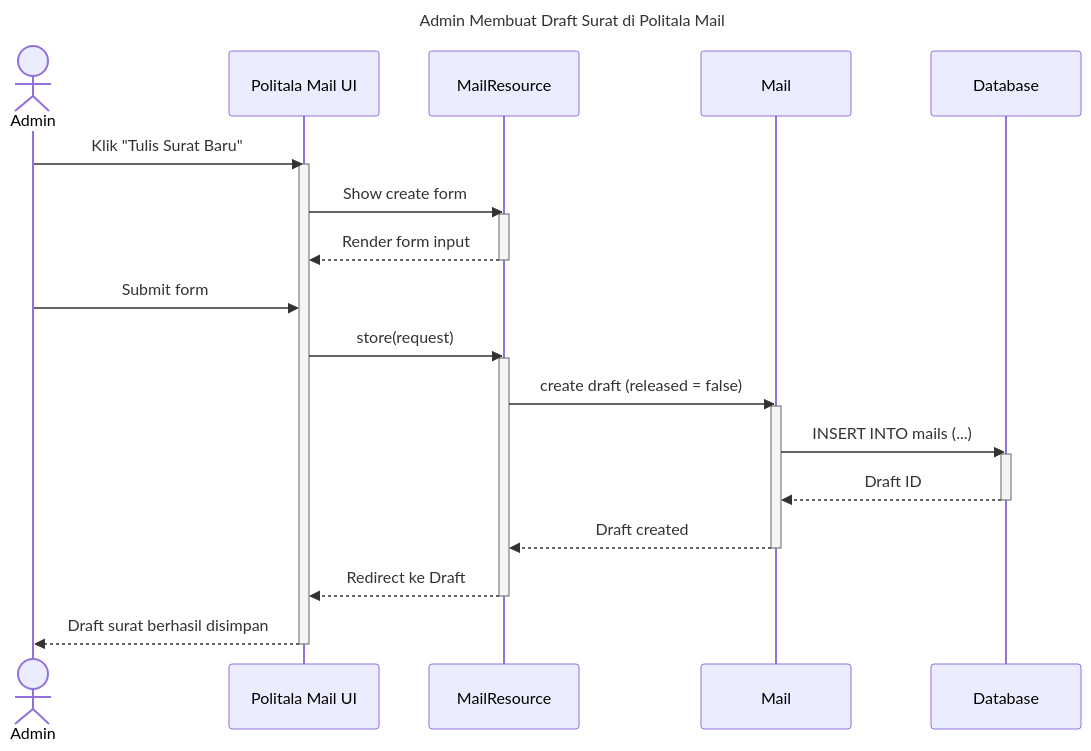
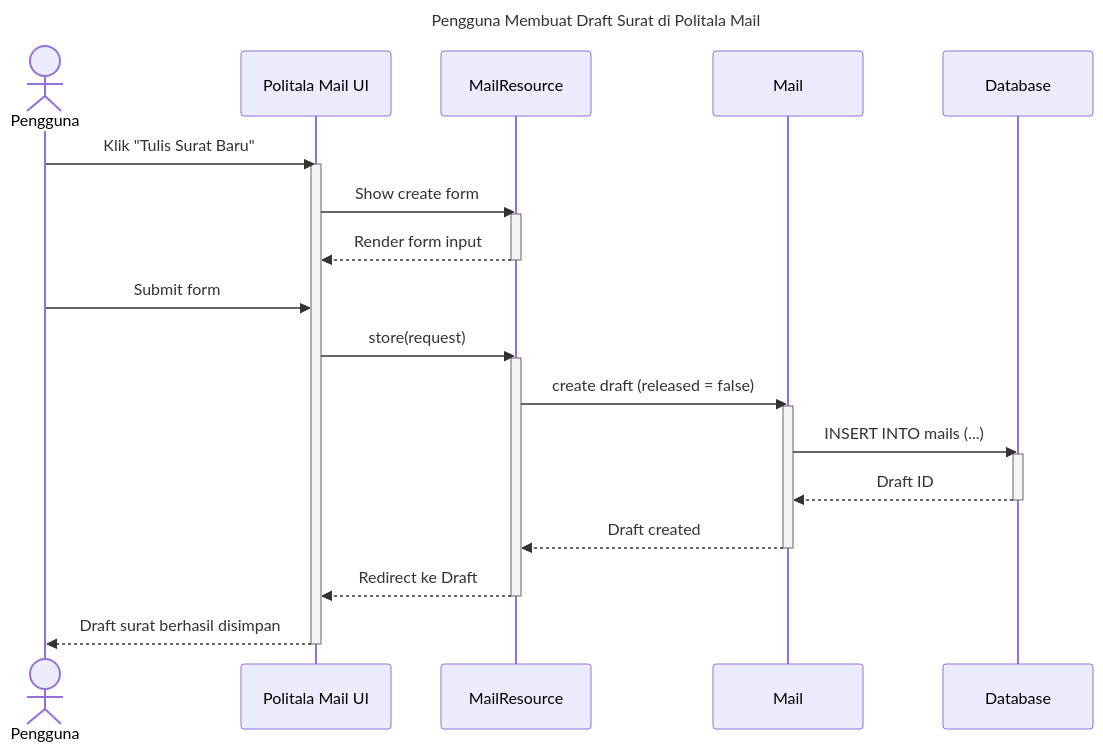
One commit to davidhadinugroho24601/UML-politala-mail changed the diagram in Manage Sent Mails/create draft.md. Above: the diagram before and after it, drawn with Mermaid. The commit also changed 8 other files, not shown here.

````diff
--- a/Manage Sent Mails/create draft.md
+++ b/Manage Sent Mails/create draft.md
@@ -1,35 +1,35 @@
 ```mermaid
 
 sequenceDiagram
-    title Admin Membuat Draft Surat di Politala Mail
+    title Pengguna Membuat Draft Surat di Politala Mail
 
-    actor Admin
+    actor Pengguna
     participant FilamentUI as Politala Mail UI
     participant MailResource
     participant MailModel as Mail
     participant DB as Database
 
-    Admin ->> FilamentUI: Klik "Tulis Surat Baru"
+    Pengguna ->> FilamentUI: Klik "Tulis Surat Baru"
     activate FilamentUI
     FilamentUI ->> MailResource: Show create form
     activate MailResource
     MailResource -->> FilamentUI: Render form input
     deactivate MailResource
-    Admin ->> FilamentUI: Submit form
+    Pengguna ->> FilamentUI: Submit form
     FilamentUI ->> MailResource: store(request)
     activate MailResource
     MailResource ->> MailModel: create draft (released = false)
     activate MailModel
     MailModel ->> DB: INSERT INTO mails (...)
     activate DB
     DB -->> MailModel: Draft ID
     deactivate DB
     MailModel -->> MailResource: Draft created
     deactivate MailModel
     MailResource -->> FilamentUI: Redirect ke Draft
     deactivate MailResource
-    FilamentUI -->> Admin: Draft surat berhasil disimpan
+    FilamentUI -->> Pengguna: Draft surat berhasil disimpan
     deactivate FilamentUI
 
 
 ```
````
